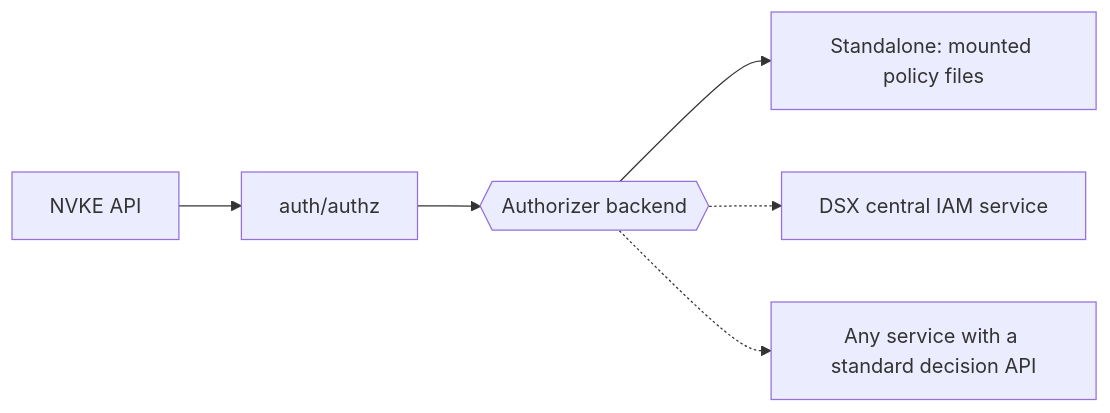
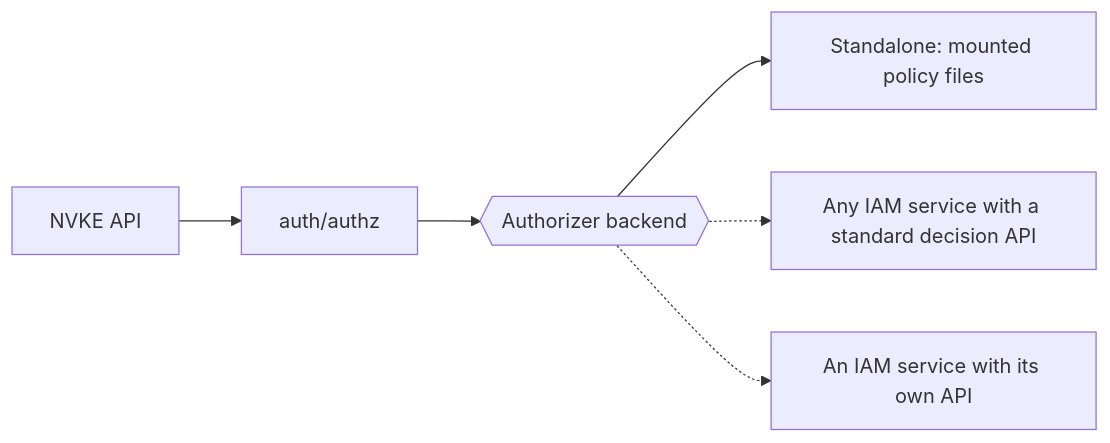
One commit to dsx-ai-factory/nvke changed the diagram in docs/adrs/20261106-pluggable-authorization.md. Above: the diagram before and after it, drawn with Mermaid. The commit also changed other lines of this file, not shown here.

Commit message:
docs(adr): describe managed-service backends without naming one IAM service

````diff
--- a/docs/adrs/20261106-pluggable-authorization.md
+++ b/docs/adrs/20261106-pluggable-authorization.md
@@ -30,8 +30,8 @@
 ```mermaid
 flowchart LR
     api[NVKE API] --> lib[auth/authz]
     lib --> backend{{Authorizer backend}}
     backend --> local[Standalone: mounted policy files]
-    backend -.-> dsx[DSX central IAM service]
-    backend -.-> other[Any service with a standard decision API]
+    backend -.-> std[Any IAM service with a standard decision API]
+    backend -.-> own[An IAM service with its own API]
 ```
````
